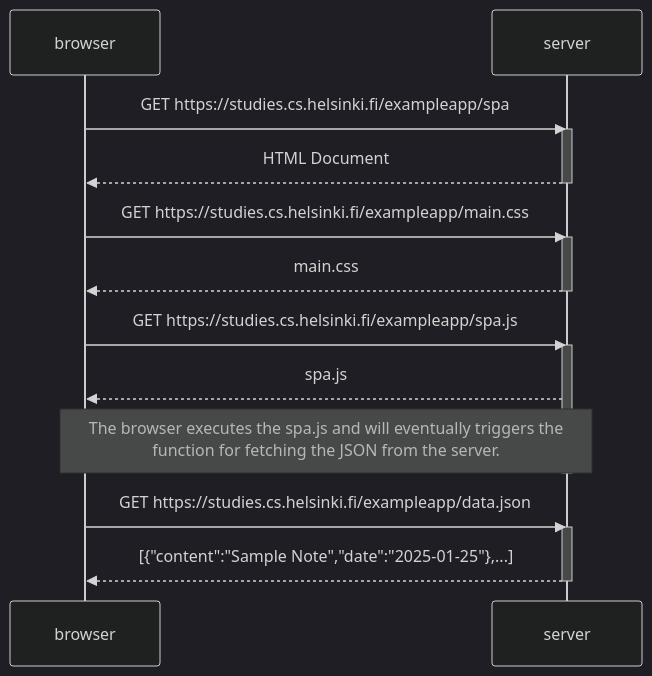
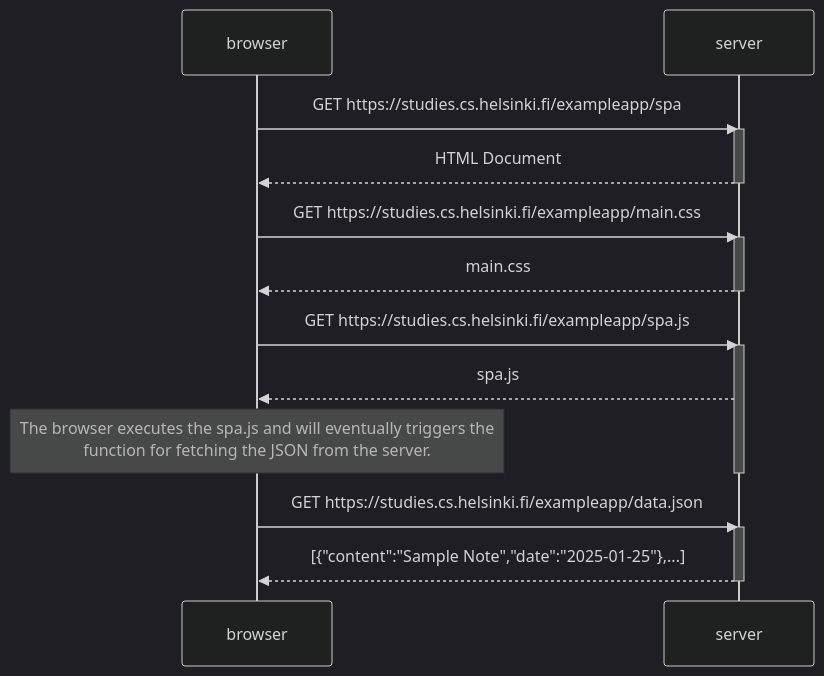
Before and after one commit to dwarjie/full-stack-open-2024: the diagram in part0/0.5_spa.md, drawn with Mermaid (dark theme). The commit also changed 1 other file, not shown here.

Commit message:
fix: part0 - 0.4 & 0.5

````diff
--- a/part0/0.5_spa.md
+++ b/part0/0.5_spa.md
@@ -3,29 +3,29 @@
 ```mermaid
 sequenceDiagram
     participant browser
     participant server
 
     browser->>server: GET https://studies.cs.helsinki.fi/exampleapp/spa
     activate server
     server-->>browser: HTML Document
     deactivate server
     %% browser will start rendering the html document. Since there is a
     %% link tag for the CSS file, the browser will request for the css file.    
     browser->>server: GET https://studies.cs.helsinki.fi/exampleapp/main.css
     activate server
     server-->>browser: main.css
     deactivate server
     %% browser will start rendering the html document with the css file.
     %% Since there is a link tag for the JavaScript file, the browser will request for the js file.
     browser->>server: GET https://studies.cs.helsinki.fi/exampleapp/spa.js
     activate server
     server-->>browser: spa.js
-    Note over browser,server: The browser executes the spa.js and will eventually triggers the<br/> function for fetching the JSON from the server.
+    Note over browser: The browser executes the spa.js and will eventually triggers the<br/> function for fetching the JSON from the server.
     deactivate server
     browser->>server: GET https://studies.cs.helsinki.fi/exampleapp/data.json
     activate server
     server-->>browser: [{"content":"Sample Note","date":"2025-01-25"},...]
     %% redrawNotes function will be triggered
     %% all returned notes by the server will be rendered in the browser
     deactivate server
 ```
````
